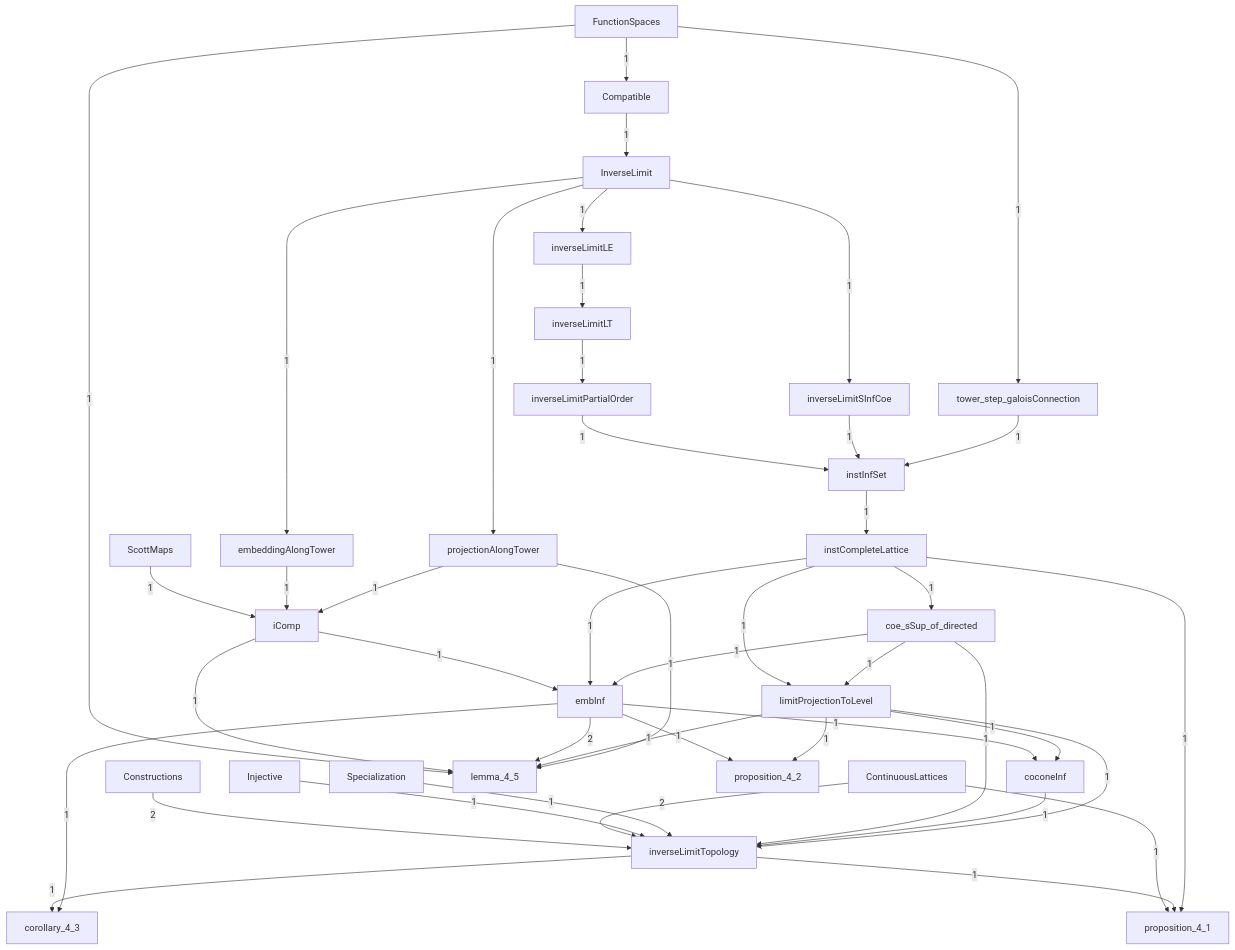
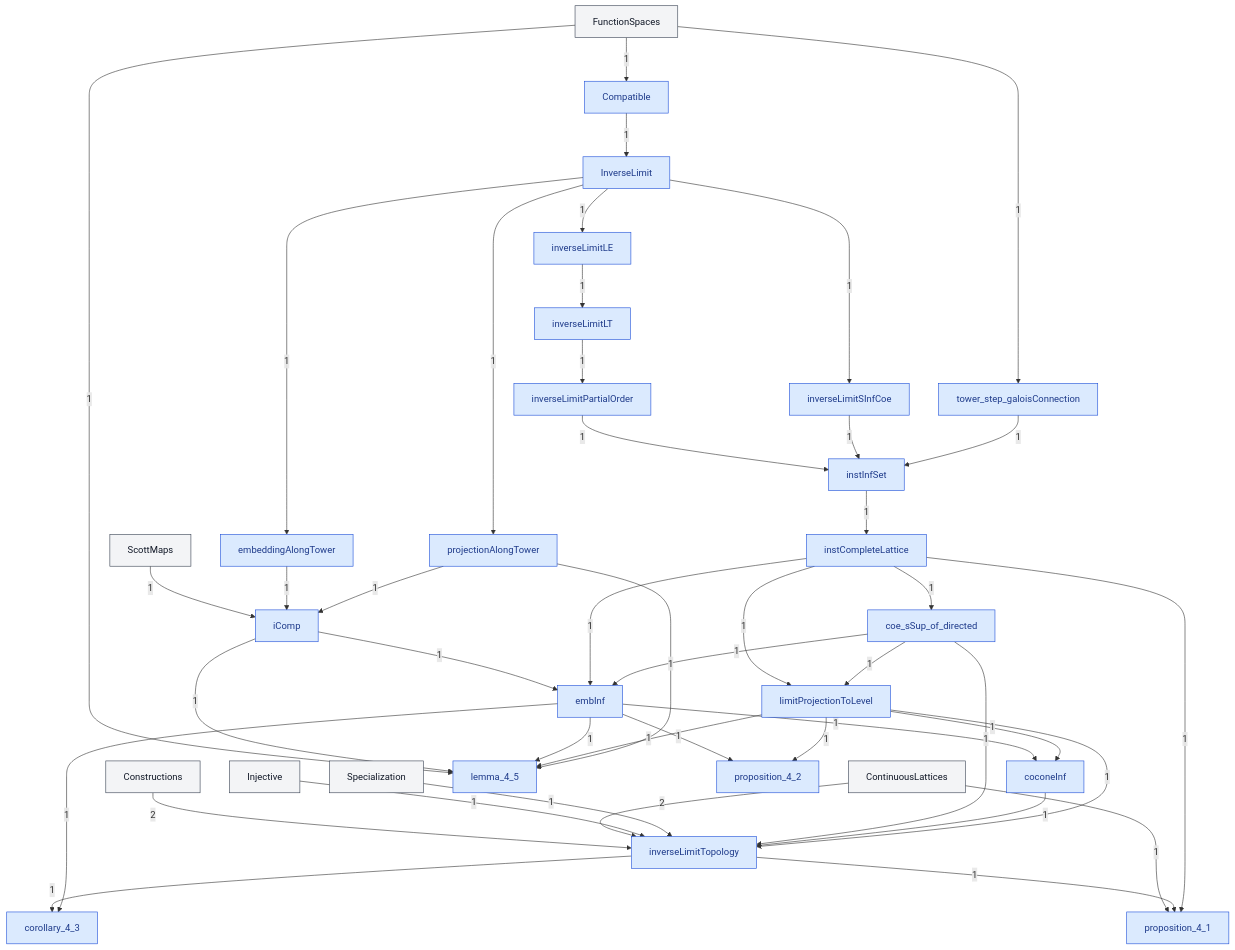
Before and after one commit to catskillsresearch/DomainTheory: the diagram in DomainTheory/ContinuousLattice/InverseLimits/InverseLimits.mermaid, drawn with Mermaid. The commit also changed 220 other files, not shown here.

```diff
--- a/DomainTheory/ContinuousLattice/InverseLimits/InverseLimits.mermaid
+++ b/DomainTheory/ContinuousLattice/InverseLimits/InverseLimits.mermaid
@@ -1,79 +1,106 @@
 %% Inside InverseLimits. A box is one Lean file in this folder, or one subfolder.
 %% A box named as another folder is that whole folder. A box named as another chapter is that whole chapter.
 %% The arrowhead points at the file or folder that imports. The label is how many direct imports.
 flowchart TB
 
   N9["coconeInf"]
   N59["coe_sSup_of_directed"]
   N7["Compatible"]
   N0["Constructions"]
   N1["ContinuousLattices"]
   N69["corollary_4_3"]
   embeddingAlongTower["embeddingAlongTower"]
   N61["embInf"]
   N2["FunctionSpaces"]
   N34["iComp"]
   N3["Injective"]
   N58["instCompleteLattice"]
   instInfSet["instInfSet"]
   N8["InverseLimit"]
   N19["inverseLimitLE"]
   N23["inverseLimitLT"]
   N25["inverseLimitPartialOrder"]
   N26["inverseLimitSInfCoe"]
   N27["inverseLimitTopology"]
   N75["lemma_4_5"]
   limitProjectionToLevel["limitProjectionToLevel"]
   projectionAlongTower["projectionAlongTower"]
   N77["proposition_4_1"]
   N78["proposition_4_2"]
   N4["ScottMaps"]
   N5["Specialization"]
   tower_step_galoisConnection["tower_step_galoisConnection"]
 
   N8 -->|"1"| N19
   N19 -->|"1"| N23
   N23 -->|"1"| N25
   N8 -->|"1"| N26
   N0 -->|"2"| N27
   N1 -->|"2"| N27
   N3 -->|"1"| N27
   N5 -->|"1"| N27
   N59 -->|"1"| N27
   N9 -->|"1"| N27
   limitProjectionToLevel -->|"1"| N27
   N4 -->|"1"| N34
   embeddingAlongTower -->|"1"| N34
   projectionAlongTower -->|"1"| N34
   instInfSet -->|"1"| N58
   N58 -->|"1"| N59
   N34 -->|"1"| N61
   N58 -->|"1"| N61
   N59 -->|"1"| N61
   N27 -->|"1"| N69
   N61 -->|"1"| N69
   N2 -->|"1"| N7
   N2 -->|"1"| N75
   N34 -->|"1"| N75
-  N61 -->|"2"| N75
+  N61 -->|"1"| N75
   limitProjectionToLevel -->|"1"| N75
   projectionAlongTower -->|"1"| N75
   N1 -->|"1"| N77
   N27 -->|"1"| N77
   N58 -->|"1"| N77
   N61 -->|"1"| N78
   limitProjectionToLevel -->|"1"| N78
   N7 -->|"1"| N8
   N61 -->|"1"| N9
   limitProjectionToLevel -->|"1"| N9
   N8 -->|"1"| embeddingAlongTower
   N25 -->|"1"| instInfSet
   N26 -->|"1"| instInfSet
   tower_step_galoisConnection -->|"1"| instInfSet
   N58 -->|"1"| limitProjectionToLevel
   N59 -->|"1"| limitProjectionToLevel
   N8 -->|"1"| projectionAlongTower
   N2 -->|"1"| tower_step_galoisConnection
 
   classDef file fill:#dbeafe,stroke:#1d4ed8,color:#1e3a8a
   classDef ext fill:#f3f4f6,stroke:#374151,color:#111827
+  class N0 ext
+  class N1 ext
+  class N19 file
+  class N2 ext
+  class N23 file
+  class N25 file
+  class N26 file
+  class N27 file
+  class N3 ext
+  class N34 file
+  class N4 ext
+  class N5 ext
+  class N58 file
+  class N59 file
+  class N61 file
+  class N69 file
+  class N7 file
+  class N75 file
+  class N77 file
+  class N78 file
+  class N8 file
+  class N9 file
+  class embeddingAlongTower file
+  class instInfSet file
+  class limitProjectionToLevel file
+  class projectionAlongTower file
+  class tower_step_galoisConnection file
```
